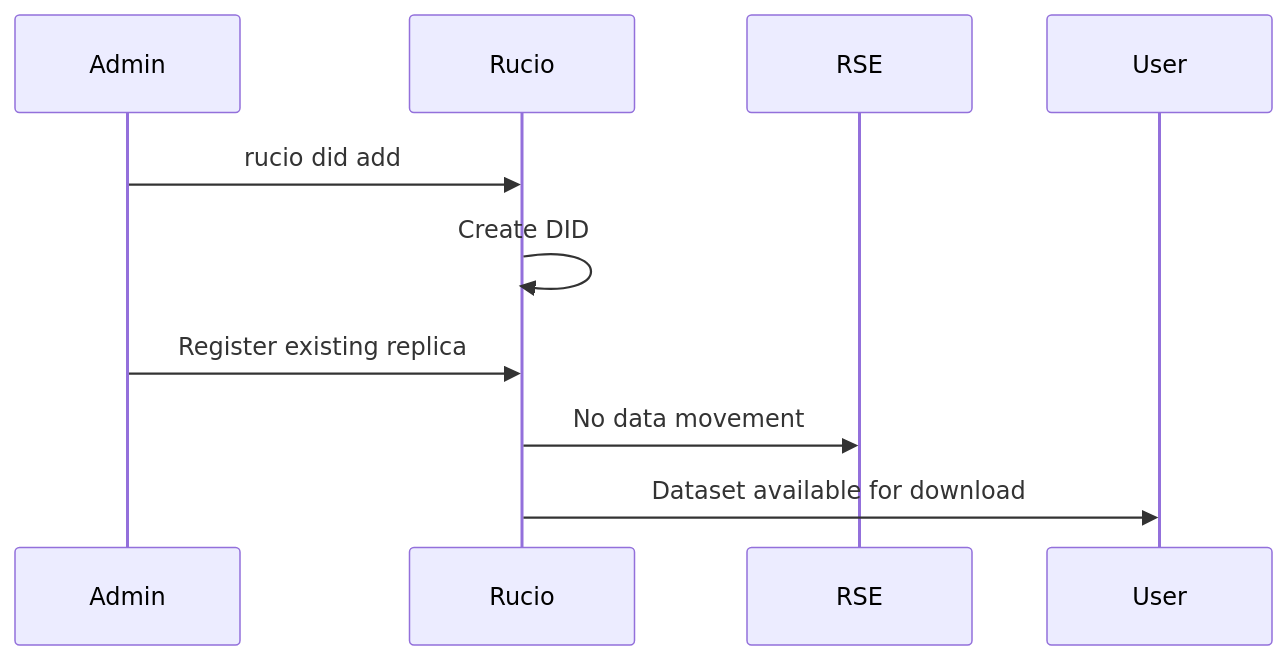
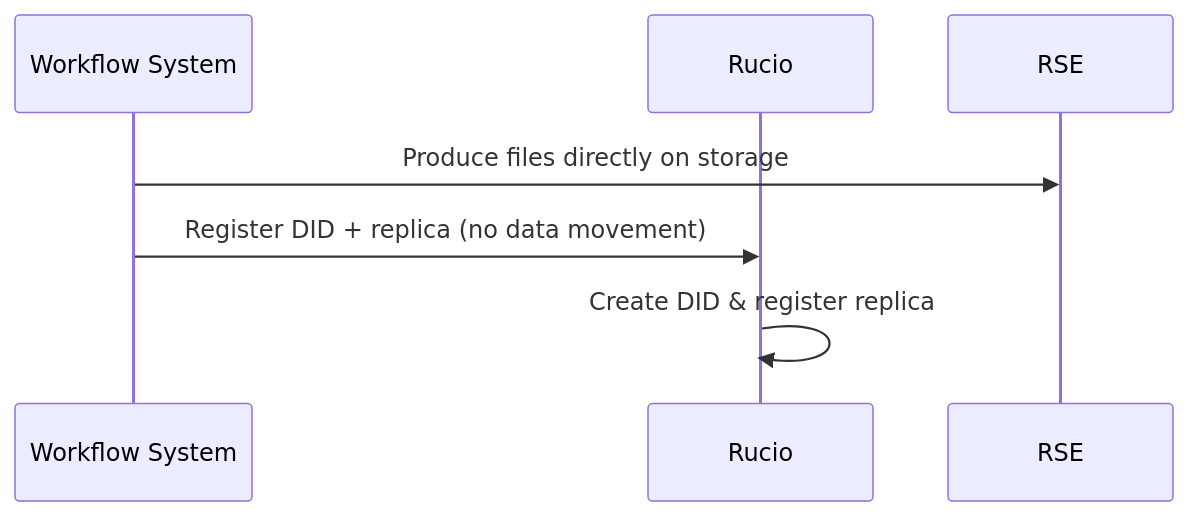
The second of 2 diagrams in 6-runtime-view/did-creation-and-replication-workflow.md (mgajek-cern/architecture-docs), drawn with Mermaid before and after one commit. The commit also changed other lines of this file, not shown here.

Commit message:
update DID creation and replication workflow diagrams

````diff
--- a/6-runtime-view/did-creation-and-replication-workflow.md
+++ b/6-runtime-view/did-creation-and-replication-workflow.md
@@ -24,13 +24,10 @@
 ```mermaid
 sequenceDiagram
-    participant Admin
+    participant WMS as Workflow System
     participant Rucio
     participant RSE
-    participant User
 
-    Admin->>Rucio: rucio did add
-    Rucio->>Rucio: Create DID
-    Admin->>Rucio: Register existing replica
-    Rucio->>RSE: No data movement
-    Rucio->>User: Dataset available for download
+    WMS->>RSE: Produce files directly on storage
+    WMS->>Rucio: Register DID + replica (no data movement)
+    Rucio->>Rucio: Create DID & register replica
 ```
````
